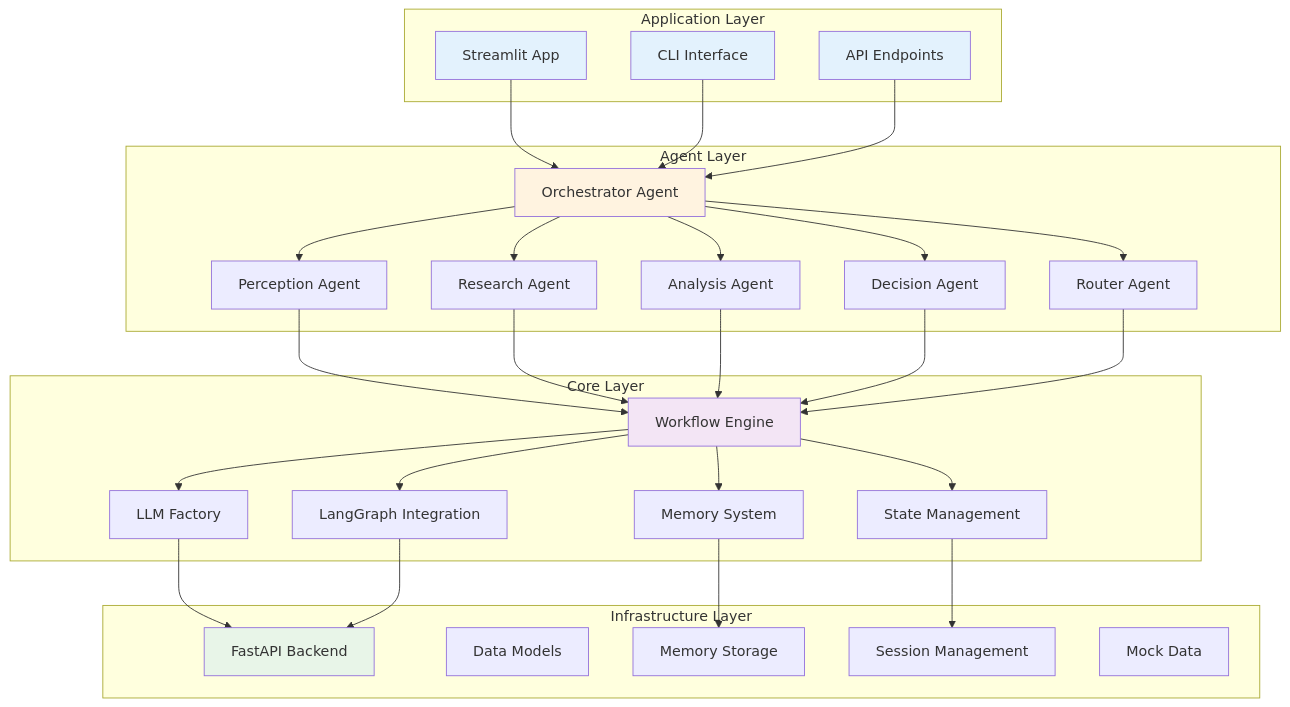
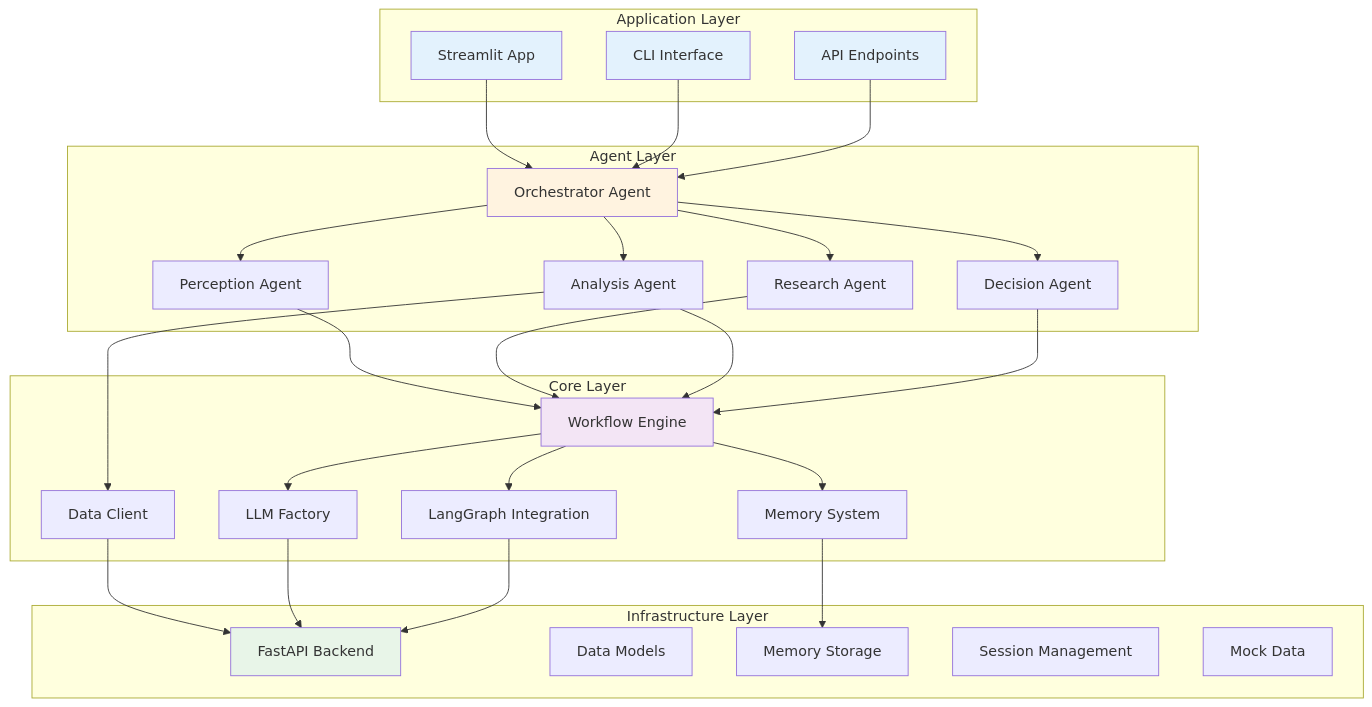
The second of 2 diagrams in README.md (PragnyaVijayan/GapLens), drawn with Mermaid before and after one commit. The commit also changed other lines of this file, not shown here.

````diff
--- a/README.md
+++ b/README.md
@@ -41,66 +41,63 @@
 ```mermaid
 graph TD
     subgraph "Application Layer"
         A1[Streamlit App]
         A2[CLI Interface]
         A3[API Endpoints]
     end
     
     subgraph "Agent Layer"
         B1[Perception Agent]
         B2[Research Agent]
         B3[Analysis Agent]
         B4[Decision Agent]
         B5[Orchestrator Agent]
-        B6[Router Agent]
     end
     
     subgraph "Core Layer"
         C1[Workflow Engine]
         C2[LLM Factory]
         C3[Memory System]
-        C4[State Management]
+        C4[Data Client]
         C5[LangGraph Integration]
     end
     
     subgraph "Infrastructure Layer"
         D1[FastAPI Backend]
         D2[Data Models]
         D3[Memory Storage]
         D4[Session Management]
         D5[Mock Data]
     end
     
     A1 --> B5
     A2 --> B5
     A3 --> B5
     
     B5 --> B1
     B5 --> B2
     B5 --> B3
     B5 --> B4
-    B5 --> B6
     
     B1 --> C1
     B2 --> C1
     B3 --> C1
     B4 --> C1
-    B6 --> C1
+    B3 --> C4
     
     C1 --> C2
     C1 --> C3
-    C1 --> C4
     C1 --> C5
+    C4 --> D1
     
     C2 --> D1
     C3 --> D3
-    C4 --> D4
     C5 --> D1
     
     style A1 fill:#e3f2fd
     style A2 fill:#e3f2fd
     style A3 fill:#e3f2fd
     style B5 fill:#fff3e0
     style C1 fill:#f3e5f5
     style D1 fill:#e8f5e8
 ```
````
